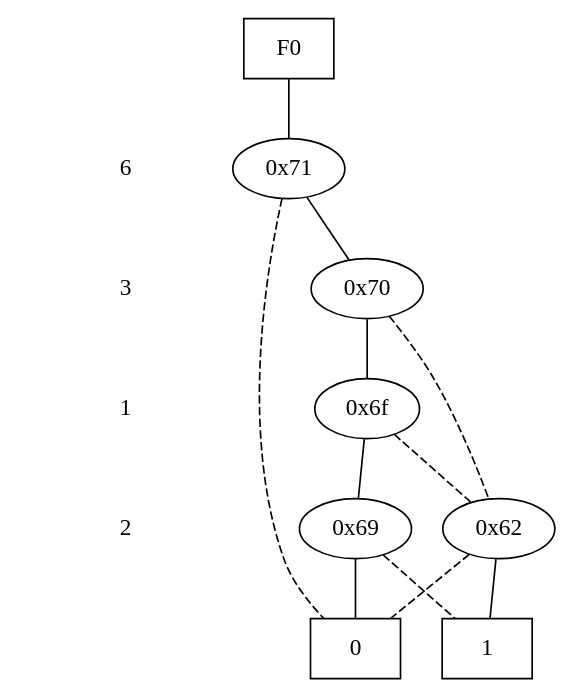
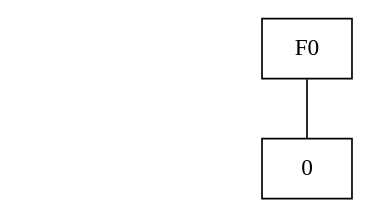
The diagram in after_reorder.dot (Vraier/planDD), drawn with Graphviz before and after one commit. The commit also changed 9 other files, not shown here.

```diff
--- a/after_reorder.dot
+++ b/after_reorder.dot
@@ -1,43 +1,18 @@
 digraph "DD" {
 size = "7.5,10"
 center = true;
 edge [dir = none];
 { node [shape = plaintext];
   edge [style = invis];
   "CONST NODES" [style = invis];
-" 6 " -> " 3 " -> " 1 " -> " 2 " -> "CONST NODES"; 
+"CONST NODES"; 
 }
 { rank = same; node [shape = box]; edge [style = invis];
 "F0"; }
-{ rank = same; " 6 ";
-"0x71";
-}
-{ rank = same; " 3 ";
-"0x70";
-}
-{ rank = same; " 1 ";
-"0x6f";
-}
-{ rank = same; " 2 ";
-"0x69";
-"0x62";
-}
 { rank = same; "CONST NODES";
-{ node [shape = box]; "0x5c";
-"0x5b";
+{ node [shape = box]; "0";
 }
 }
-"F0" -> "0x71" [style = solid];
-"0x71" -> "0x70";
-"0x71" -> "0x5c" [style = dashed];
-"0x70" -> "0x6f";
-"0x70" -> "0x62" [style = dashed];
-"0x6f" -> "0x69";
-"0x6f" -> "0x62" [style = dashed];
-"0x69" -> "0x5c";
-"0x69" -> "0x5b" [style = dashed];
-"0x62" -> "0x5b";
-"0x62" -> "0x5c" [style = dashed];
-"0x5c" [label = "0"];
-"0x5b" [label = "1"];
+"F0" -> "0" [style = solid];
+"0" [label = "0"];
 }
```
